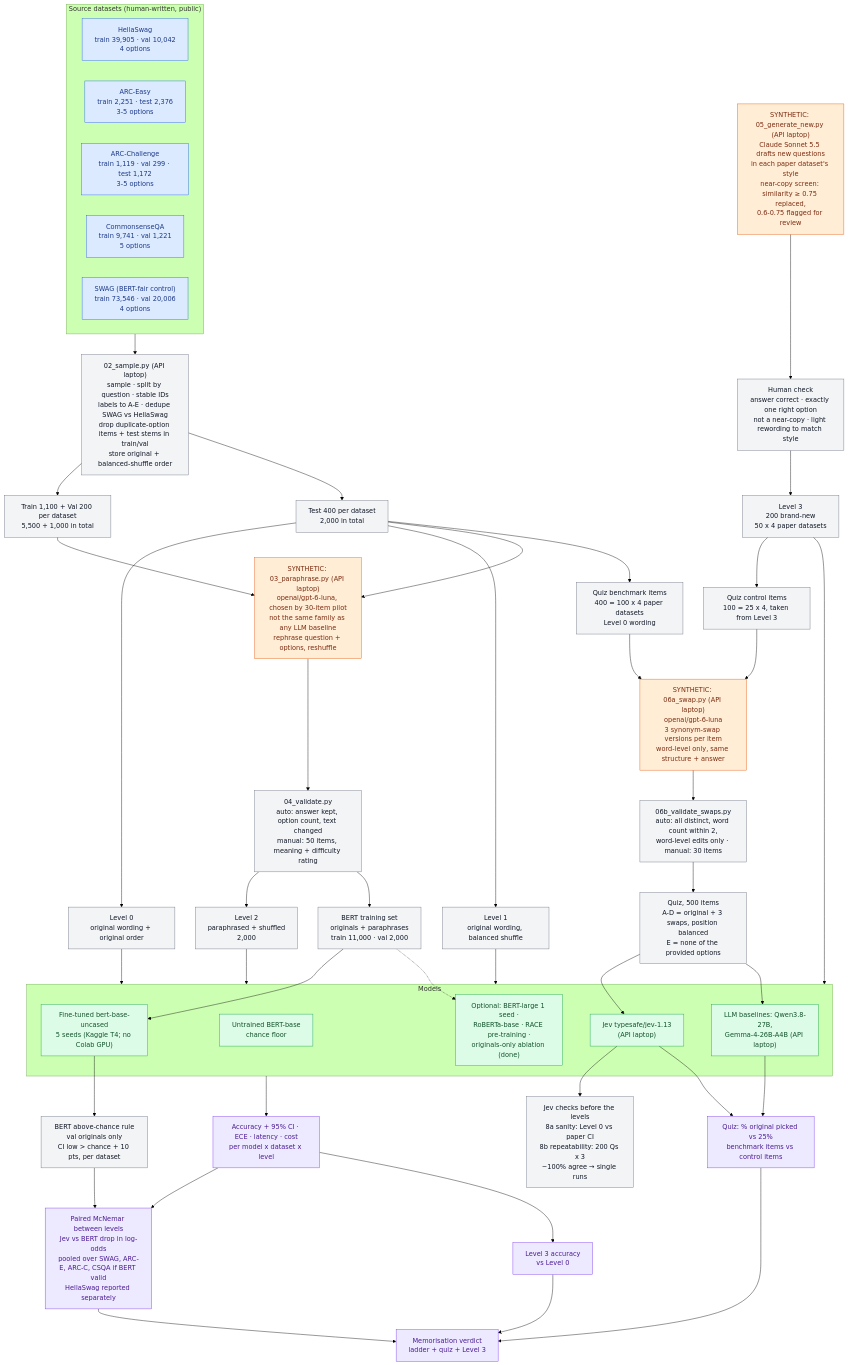
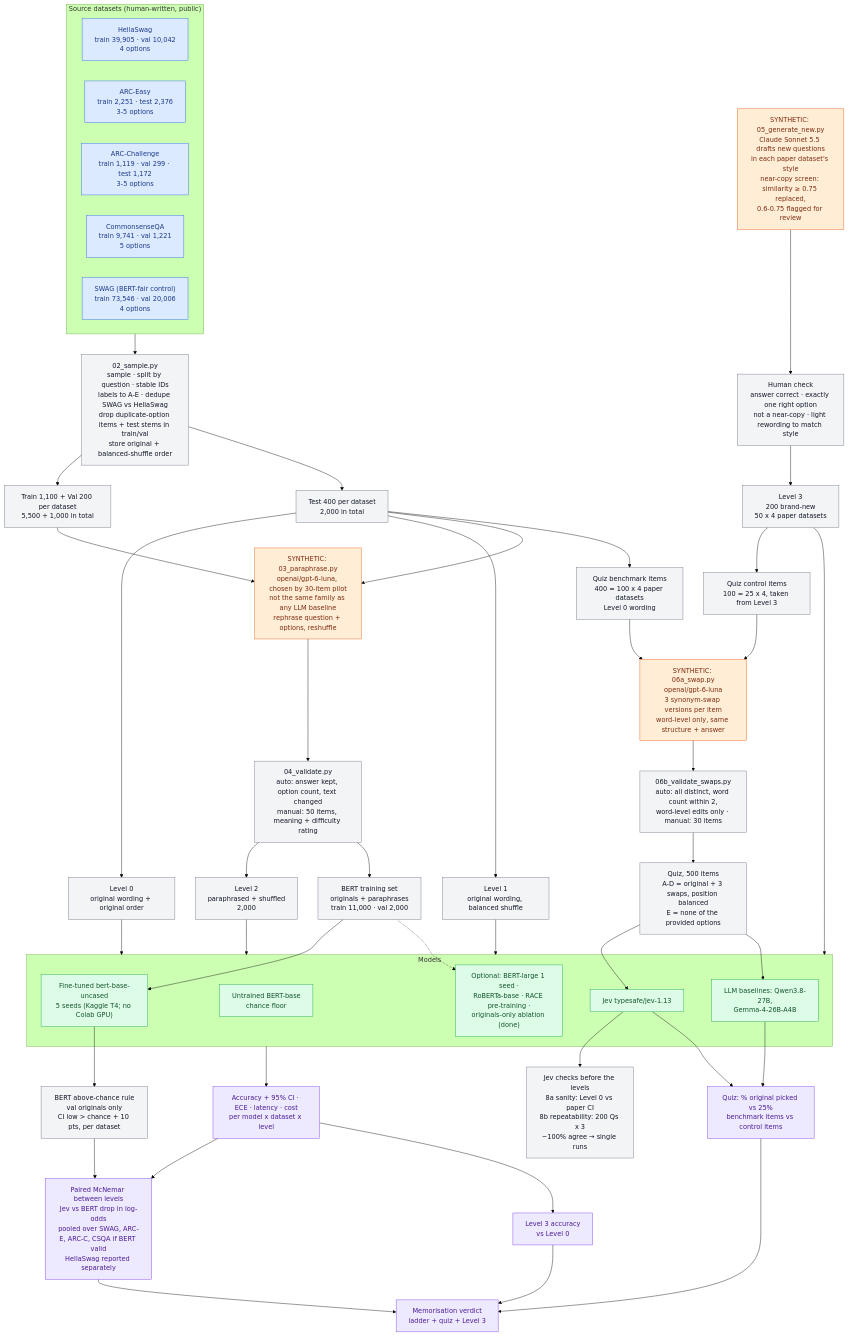
The diagram in docs/PLAN.md (am3lia-low/jev-project), drawn with Mermaid (forest theme) before and after one commit. The commit also changed other lines of this file and 36 other files, not shown here.

````diff
--- a/docs/PLAN.md
+++ b/docs/PLAN.md
@@ -51,82 +51,82 @@
 ```mermaid
 flowchart TD
     %% ---------- Source datasets (human-written) ----------
     subgraph SRC["Source datasets (human-written, public)"]
         HS["HellaSwag<br/>train 39,905 · val 10,042<br/>4 options"]
         AE["ARC-Easy<br/>train 2,251 · test 2,376<br/>3-5 options"]
         AC["ARC-Challenge<br/>train 1,119 · val 299 · test 1,172<br/>3-5 options"]
         CQ["CommonsenseQA<br/>train 9,741 · val 1,221<br/>5 options"]
         SW["SWAG (BERT-fair control)<br/>train 73,546 · val 20,006<br/>4 options"]
     end
 
     %% ---------- Sampling (scripted) ----------
-    SRC --> SAMPLE["02_sample.py (API laptop)<br/>sample · split by question · stable IDs<br/>labels to A-E · dedupe SWAG vs HellaSwag<br/>drop duplicate-option items + test stems in train/val<br/>store original + balanced-shuffle order"]
+    SRC --> SAMPLE["02_sample.py<br/>sample · split by question · stable IDs<br/>labels to A-E · dedupe SWAG vs HellaSwag<br/>drop duplicate-option items + test stems in train/val<br/>store original + balanced-shuffle order"]
     SAMPLE --> TRV["Train 1,100 + Val 200 per dataset<br/>5,500 + 1,000 in total"]
     SAMPLE --> TEST["Test 400 per dataset<br/>2,000 in total"]
 
     %% ---------- Levels 0 and 1 (scripted) ----------
     TEST --> L0["Level 0<br/>original wording + original order"]
     TEST --> L1["Level 1<br/>original wording, balanced shuffle"]
 
     %% ---------- Synthetic: paraphrases ----------
-    TRV --> PARA["SYNTHETIC: 03_paraphrase.py (API laptop)<br/>openai/gpt-6-luna, chosen by 30-item pilot<br/>not the same family as any LLM baseline<br/>rephrase question + options, reshuffle"]
+    TRV --> PARA["SYNTHETIC: 03_paraphrase.py<br/>openai/gpt-6-luna, chosen by 30-item pilot<br/>not the same family as any LLM baseline<br/>rephrase question + options, reshuffle"]
     TEST --> PARA
     PARA --> VPARA["04_validate.py<br/>auto: answer kept, option count, text changed<br/>manual: 50 items, meaning + difficulty rating"]
     VPARA --> L2["Level 2<br/>paraphrased + shuffled<br/>2,000"]
     VPARA --> TRAINSET["BERT training set<br/>originals + paraphrases<br/>train 11,000 · val 2,000"]
 
     %% ---------- Synthetic: brand-new questions ----------
-    GEN["SYNTHETIC: 05_generate_new.py (API laptop)<br/>Claude Sonnet 5.5 drafts new questions<br/>in each paper dataset's style<br/>near-copy screen: similarity ≥ 0.75 replaced,<br/>0.6-0.75 flagged for review"] --> HNEW["Human check<br/>answer correct · exactly one right option<br/>not a near-copy · light rewording to match style"]
+    GEN["SYNTHETIC: 05_generate_new.py<br/>Claude Sonnet 5.5 drafts new questions<br/>in each paper dataset's style<br/>near-copy screen: similarity ≥ 0.75 replaced,<br/>0.6-0.75 flagged for review"] --> HNEW["Human check<br/>answer correct · exactly one right option<br/>not a near-copy · light rewording to match style"]
     HNEW --> L3["Level 3<br/>200 brand-new<br/>50 x 4 paper datasets"]
 
     %% ---------- Synthetic: memorisation quiz ----------
     TEST --> QSEL["Quiz benchmark items<br/>400 = 100 x 4 paper datasets<br/>Level 0 wording"]
     L3 --> QCTRL["Quiz control items<br/>100 = 25 x 4, taken from Level 3"]
-    QSEL --> SWAP["SYNTHETIC: 06a_swap.py (API laptop)<br/>openai/gpt-6-luna<br/>3 synonym-swap versions per item<br/>word-level only, same structure + answer"]
+    QSEL --> SWAP["SYNTHETIC: 06a_swap.py<br/>openai/gpt-6-luna<br/>3 synonym-swap versions per item<br/>word-level only, same structure + answer"]
     QCTRL --> SWAP
     SWAP --> VSWAP["06b_validate_swaps.py<br/>auto: all distinct, word count within 2,<br/>word-level edits only · manual: 30 items"]
     VSWAP --> QUIZ["Quiz, 500 items<br/>A-D = original + 3 swaps, position balanced<br/>E = none of the provided options"]
 
     %% ---------- Models ----------
     subgraph MODELS["Models"]
         BERTU["Untrained BERT-base<br/>chance floor"]
         BERTFT["Fine-tuned bert-base-uncased<br/>5 seeds (Kaggle T4; no Colab GPU)"]
         OPT["Optional: BERT-large 1 seed ·<br/>RoBERTa-base · RACE pre-training ·<br/>originals-only ablation (done)"]
-        JEV["Jev typesafe/jev-1.13<br/>(API laptop)"]
-        LLM["LLM baselines: Qwen3.8-27B,<br/>Gemma-4-26B-A4B (API laptop)"]
+        JEV["Jev typesafe/jev-1.13"]
+        LLM["LLM baselines: Qwen3.8-27B,<br/>Gemma-4-26B-A4B"]
     end
     TRAINSET --> BERTFT
     BERTFT --> VALID["BERT above-chance rule<br/>val originals only<br/>CI low > chance + 10 pts, per dataset"]
     JEV --> REP["Jev checks before the levels<br/>8a sanity: Level 0 vs paper CI<br/>8b repeatability: 200 Qs x 3<br/>~100% agree → single runs"]
     TRAINSET -.-> OPT
 
     L0 --> MODELS
     L1 --> MODELS
     L2 --> MODELS
     L3 --> MODELS
     QUIZ --> JEV
     QUIZ --> LLM
 
     %% ---------- Results ----------
     MODELS --> R1["Accuracy + 95% CI · ECE · latency · cost<br/>per model x dataset x level"]
     R1 --> R2["Paired McNemar between levels<br/>Jev vs BERT drop in log-odds<br/>pooled over SWAG, ARC-E, ARC-C, CSQA if BERT valid<br/>HellaSwag reported separately"]
     JEV --> R3["Quiz: % original picked vs 25%<br/>benchmark items vs control items"]
     LLM --> R3
     R1 --> R4["Level 3 accuracy<br/>vs Level 0"]
     VALID --> R2
     R2 --> FINAL["Memorisation verdict<br/>ladder + quiz + Level 3"]
     R3 --> FINAL
     R4 --> FINAL
 
     %% ---------- Styles ----------
     classDef human fill:#dbeafe,stroke:#2563eb,color:#1e3a8a
     classDef synth fill:#ffedd5,stroke:#ea580c,color:#7c2d12
     classDef script fill:#f3f4f6,stroke:#6b7280,color:#111827
     classDef model fill:#dcfce7,stroke:#16a34a,color:#14532d
     classDef result fill:#ede9fe,stroke:#7c3aed,color:#4c1d95
     class HS,AE,AC,CQ,SW human
     class PARA,GEN,SWAP synth
     class SAMPLE,TRV,TEST,L0,L1,L2,L3,TRAINSET,VPARA,HNEW,QSEL,QCTRL,VSWAP,QUIZ,VALID,REP script
     class BERTU,BERTFT,OPT,JEV,LLM model
     class R1,R2,R3,R4,FINAL result
 ```
````
